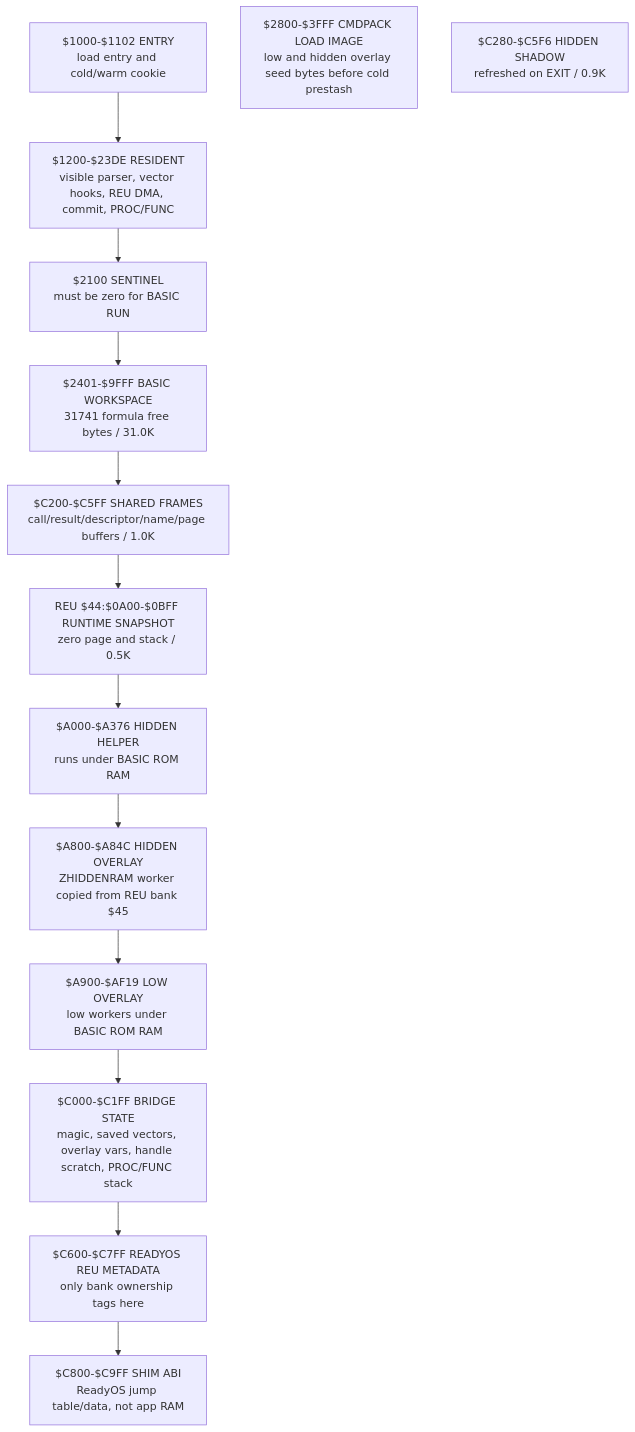
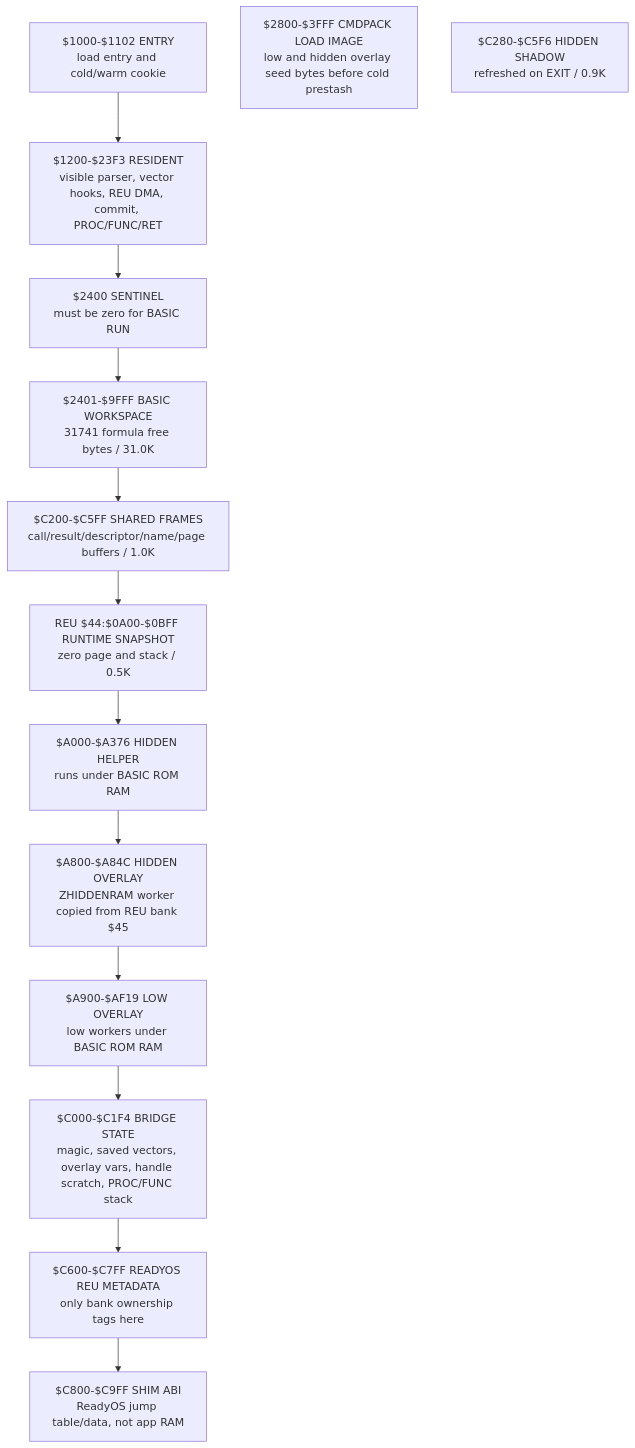
Before and after one commit to 123Onetwothree123/6502: the first of 8 diagrams in src/apps/readybasic/READYBASIC_LIFECYCLE_AND_REU_ARCHITECTURE.md, drawn with Mermaid. The commit also changed other lines of this file and 14 other files, not shown here.

Commit message:
Add RET-based ReadyBASIC functions

````diff
--- a/src/apps/readybasic/READYBASIC_LIFECYCLE_AND_REU_ARCHITECTURE.md
+++ b/src/apps/readybasic/READYBASIC_LIFECYCLE_AND_REU_ARCHITECTURE.md
@@ -93,20 +95,20 @@
 ```mermaid
 flowchart TB
   A["$1000-$1102 ENTRY<br/>load entry and cold/warm cookie"]
-  B["$1200-$23DE RESIDENT<br/>visible parser, vector hooks, REU DMA, commit, PROC/FUNC"]
-  C["$2100 SENTINEL<br/>must be zero for BASIC RUN"]
+  B["$1200-$23F3 RESIDENT<br/>visible parser, vector hooks, REU DMA, commit, PROC/FUNC/RET"]
+  C["$2400 SENTINEL<br/>must be zero for BASIC RUN"]
   D["$2401-$9FFF BASIC WORKSPACE<br/>31741 formula free bytes / 31.0K"]
   E["$2800-$3FFF CMDPACK LOAD IMAGE<br/>low and hidden overlay seed bytes before cold prestash"]
   F["REU $44:$0A00-$0BFF RUNTIME SNAPSHOT<br/>zero page and stack / 0.5K"]
   G["$C200-$C5FF SHARED FRAMES<br/>call/result/descriptor/name/page buffers / 1.0K"]
   I["$C280-$C5F6 HIDDEN SHADOW<br/>refreshed on EXIT / 0.9K"]
   J["$A000-$A376 HIDDEN HELPER<br/>runs under BASIC ROM RAM"]
   K["$A800-$A84C HIDDEN OVERLAY<br/>ZHIDDENRAM worker copied from REU bank $45"]
   O["$A900-$AF19 LOW OVERLAY<br/>low workers under BASIC ROM RAM"]
-  L["$C000-$C1FF BRIDGE STATE<br/>magic, saved vectors, overlay vars, handle scratch, PROC/FUNC stack"]
+  L["$C000-$C1F4 BRIDGE STATE<br/>magic, saved vectors, overlay vars, handle scratch, PROC/FUNC stack"]
   M["$C600-$C7FF READYOS REU METADATA<br/>only bank ownership tags here"]
   N["$C800-$C9FF SHIM ABI<br/>ReadyOS jump table/data, not app RAM"]
 
   A --> B --> C --> D --> G
   G --> F --> J --> K --> O --> L --> M --> N
 ```
````
